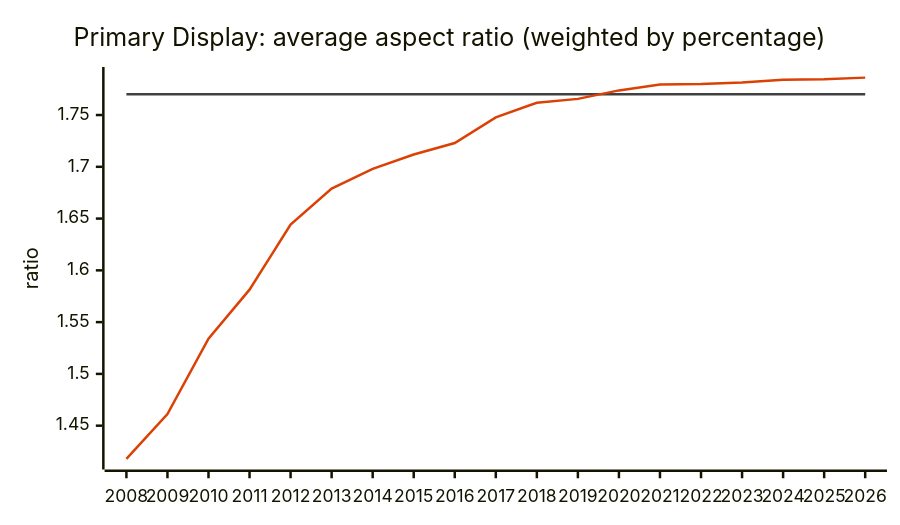
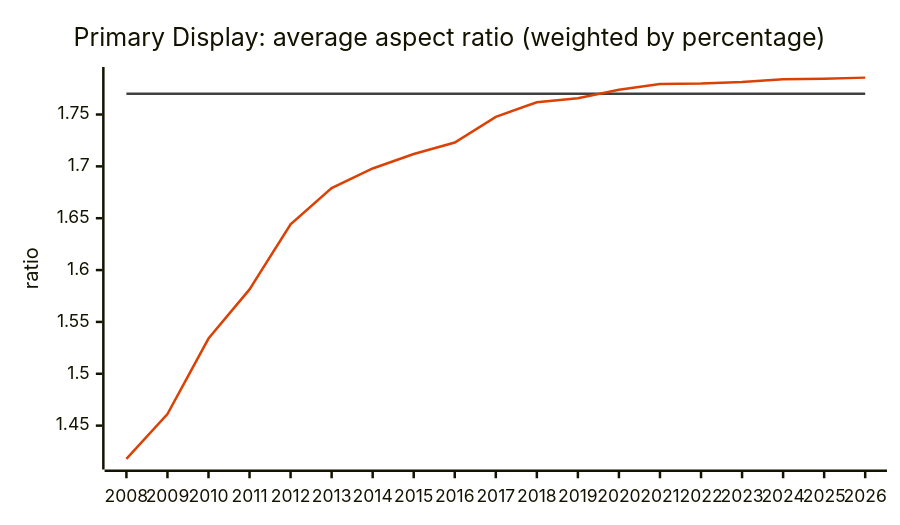
One commit to jdegene/steamHWsurvey changed diagram 19 of 31 in README.md. Above: the diagram before and after it, drawn with Mermaid. The commit also changed other lines of this file and 3 other files, not shown here.

````diff
--- a/README.md
+++ b/README.md
@@ -654,20 +654,20 @@
 ```mermaid
 ---
 config:
     xyChart:
         width: 700
         height: 400
         
     themeVariables:
         xyChart:
             plotColorPalette: "#404040,#DB4105"
 
 --- 
 
 xychart-beta
     title "Primary Display: average aspect ratio (weighted by percentage)"
     x-axis [2008, 2009, 2010, 2011, 2012, 2013, 2014, 2015, 2016, 2017, 2018, 2019, 2020, 2021, 2022, 2023, 2024, 2025, 2026]
     y-axis "ratio" 
  line [1.77, 1.77, 1.77, 1.77, 1.77, 1.77, 1.77, 1.77, 1.77, 1.77, 1.77, 1.77, 1.77, 1.77, 1.77, 1.77, 1.77, 1.77, 1.77]
-    line [1.417941306228879, 1.4611567835141763, 1.533974920001756, 1.5813610553330728, 1.6441197983994256, 1.6789673069298932, 1.6979525680775114, 1.7118873828122096, 1.7229454013771042, 1.7476951638068883, 1.7618596685661352, 1.765595772113996, 1.7737831941811184, 1.7794489740395185, 1.7798889098601134, 1.7814503174534728, 1.784019854809584, 1.7844664546202906, 1.7861163797638626]
+    line [1.417941306228879, 1.4611567835141763, 1.533974920001756, 1.5813610553330728, 1.6441197983994256, 1.6789673069298932, 1.6979525680775114, 1.7118873828122096, 1.7229454013771042, 1.7476951638068883, 1.7618596685661352, 1.765595772113996, 1.7737831941811184, 1.7794489740395185, 1.7798889098601134, 1.7814503174534728, 1.784019854809584, 1.7844664546202906, 1.7855673592206784]
 ``` 
````
